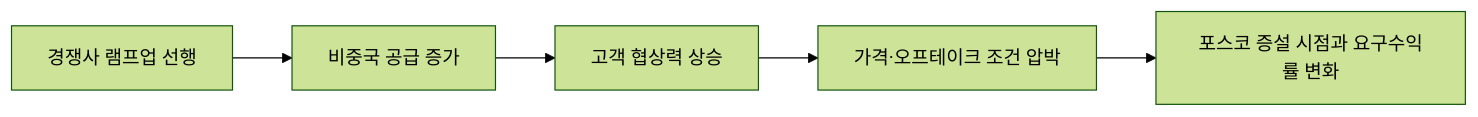
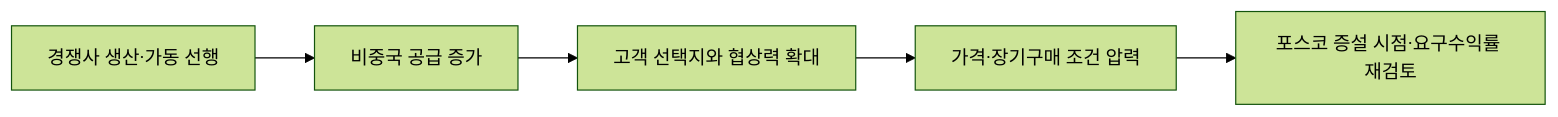
Before and after one commit to arik1988/posco-market-sensing-wiki: the diagram in market-sensing-wiki/signals/SIG-A4D20EDE549C.md, drawn with Mermaid (forest theme). The commit also changed other lines of this file and 143 other files, not shown here.

````diff
--- a/market-sensing-wiki/signals/SIG-A4D20EDE549C.md
+++ b/market-sensing-wiki/signals/SIG-A4D20EDE549C.md
@@ -35,7 +41,7 @@
 ```mermaid
 flowchart LR
-  A[경쟁사 램프업 선행] --> B[비중국 공급 증가]
-  B --> C[고객 협상력 상승]
-  C --> D[가격·오프테이크 조건 압박]
-  D --> E[포스코 증설 시점과 요구수익률 변화]
+  A[경쟁사 생산·가동 선행] --> B[비중국 공급 증가]
+  B --> C[고객 선택지와 협상력 확대]
+  C --> D[가격·장기구매 조건 압력]
+  D --> E[포스코 증설 시점·요구수익률 재검토]
 ```
````
